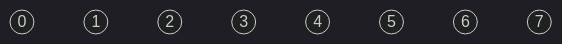
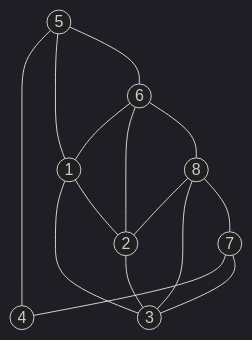
Before and after one commit to Mai-icy/learn-algorithm-note: the diagram in note/graph/note5.md, drawn with Mermaid (dark theme). The commit also changed other lines of this file and 2 other files, not shown here.

````diff
--- a/note/graph/note5.md
+++ b/note/graph/note5.md
@@ -42,8 +225,10 @@
 ```mermaid
 graph TB
- 
-0((0));1((1));2((2));3((3));4((4));5((5));6((6));7((7));
+1((1));2((2));3((3));4((4));5((5));6((6));7((7));8((8));
 
-
-
+5 --- 4;5 --- 1;5 --- 6;
+6 --- 1;6 --- 2;6 --- 8;
+8 --- 2;8 --- 3;8 --- 7;
+7 --- 4;7 --- 3;
+1 --- 3;1 --- 2 --- 3; 
 ```
````
